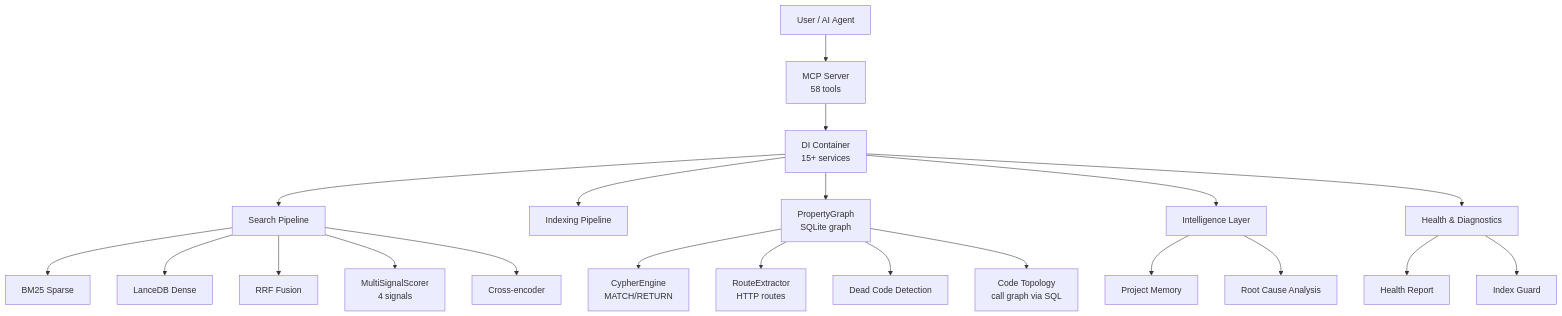
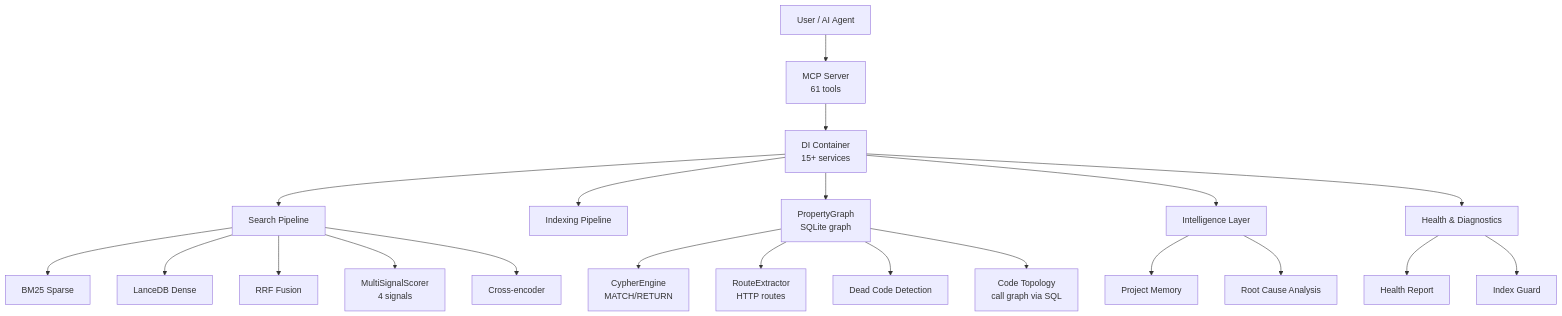
Before and after one commit to ManSio/mscodebase-intelligence: the first of 8 diagrams in docs/zh/ARCHITECTURE_DEEP.md, drawn with Mermaid. The commit also changed other lines of this file and 30 other files, not shown here.

````diff
--- a/docs/zh/ARCHITECTURE_DEEP.md
+++ b/docs/zh/ARCHITECTURE_DEEP.md
@@ -7,27 +7,27 @@
 ```mermaid
 flowchart TD
-    User[User / AI Agent] --> MCP[MCP Server\n58 tools]
+    User[User / AI Agent] --> MCP[MCP Server\n61 tools]
     MCP --> DI[DI Container\n15+ services]
     DI --> Search[Search Pipeline]
     DI --> Index[Indexing Pipeline]
     DI --> Graph[PropertyGraph\nSQLite graph]
     DI --> Intel[Intelligence Layer]
     DI --> Health[Health & Diagnostics]
     
     Search --> BM25[BM25 Sparse]
     Search --> Dense[LanceDB Dense]
     Search --> RRF[RRF Fusion]
     Search --> MultiSig[MultiSignalScorer\n4 signals]
     Search --> Rerank[Cross-encoder]
     
     Graph --> Cypher[CypherEngine\nMATCH/RETURN]
     Graph --> Route[RouteExtractor\nHTTP routes]
     Graph --> Dead[Dead Code Detection]
     Graph --> Topology[Code Topology\ncall graph via SQL]
     
     Intel --> Memory[Project Memory]
     Intel --> RCA[Root Cause Analysis]
     
     Health --> Report[Health Report]
     Health --> Guard[Index Guard]
 ```
````
